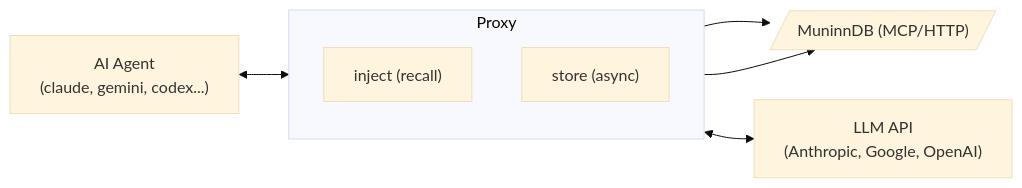
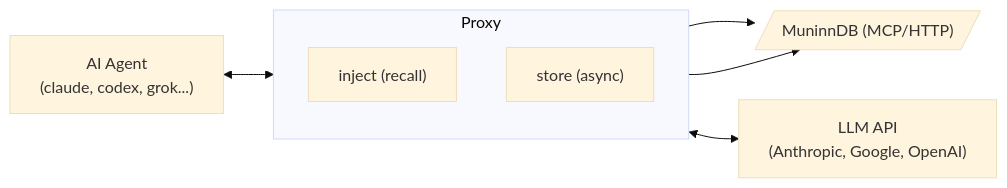
The diagram in ARCHITECTURE.md (maci0/muninn-sidecar), drawn with Mermaid (base theme) before and after one commit. The commit also changed other lines of this file and 4 other files, not shown here.

````diff
--- a/ARCHITECTURE.md
+++ b/ARCHITECTURE.md
@@ -25,15 +25,15 @@
 ```mermaid
 flowchart LR
-    Agent["AI Agent\n(claude, gemini, codex...)"] <--> Proxy["msc (proxy)"]
+    Agent["AI Agent\n(claude, codex, grok...)"] <--> Proxy["msc (proxy)"]
 
     subgraph Proxy
         direction TB
         Inject["inject (recall)"]
         Store["store (async)"]
     end
 
     Proxy <--> Upstream["LLM API\n(Anthropic, Google, OpenAI)"]
 
     Inject --> DB[/"MuninnDB (MCP/HTTP)"/]
     Store --> DB
 ```
````
